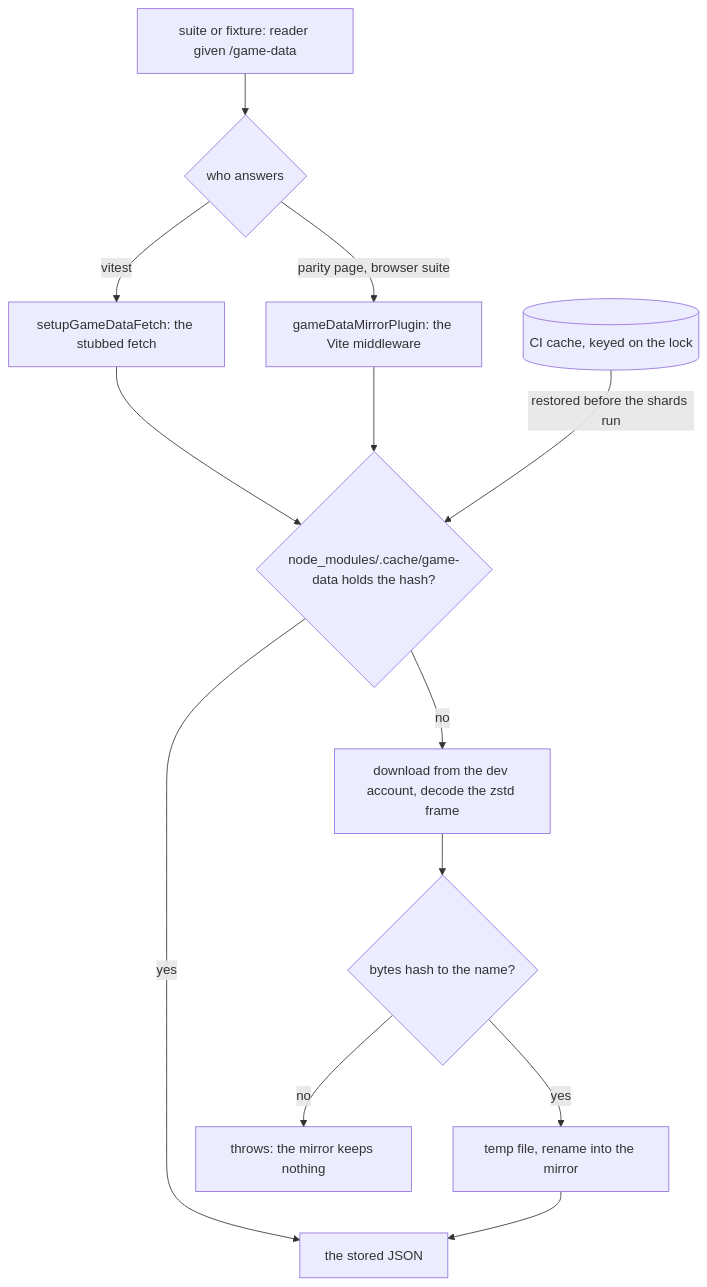
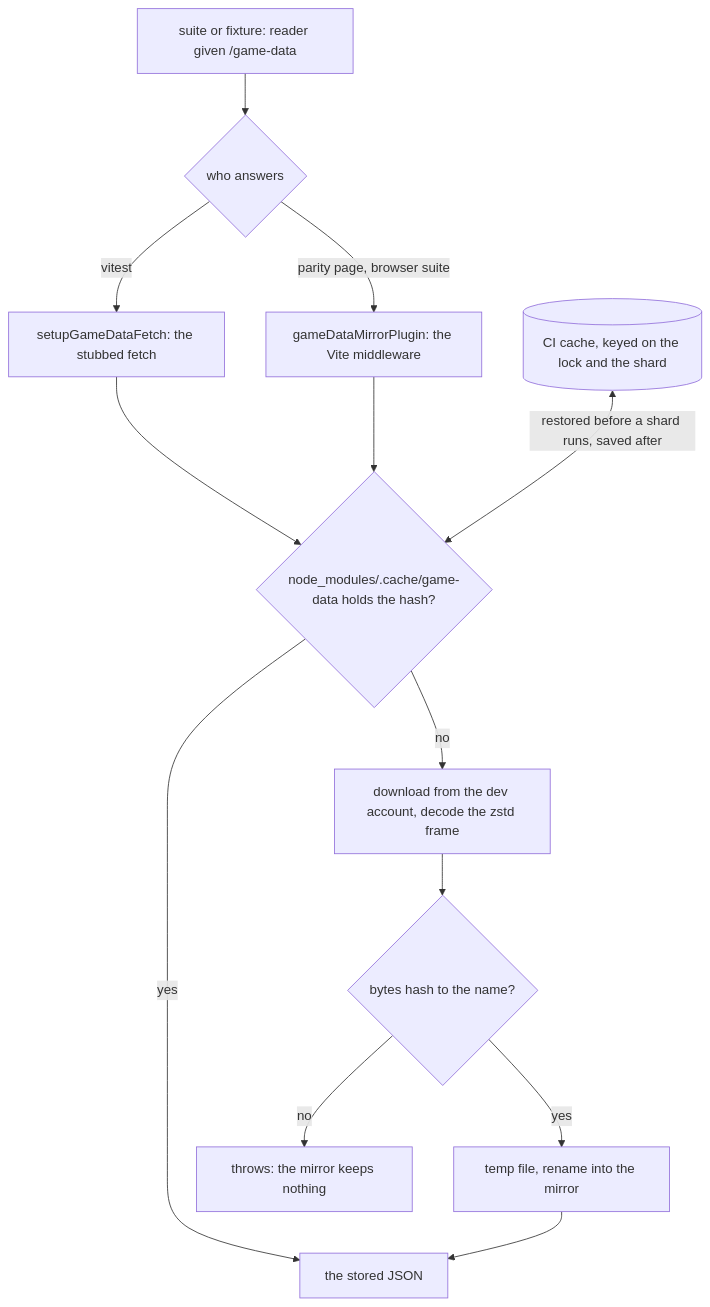
The fourth of 4 diagrams in apps/web/content/docs/genshin/hosted-game-data.md (Esposter/Esposter), drawn with Mermaid before and after one commit. The commit also changed other lines of this file and 2 other files, not shown here.

Commit message:
fix(ci): each coverage shard saves the game data mirror it read, so the restore has a producer
Nothing saved the mirror, so every shard's restore missed. A shard reads only a subset of the lock, so each saves under a key of the lock and its shard and falls back to any earlier mirror, whose objects stay valid by their hashes.

Answers: 4235728421

````diff
--- a/apps/web/content/docs/genshin/hosted-game-data.md
+++ b/apps/web/content/docs/genshin/hosted-game-data.md
@@ -90,15 +90,15 @@
 ```mermaid
 flowchart TD
   Suite["suite or fixture: reader given /game-data"] --> Route{"who answers"}
   Route -->|"vitest"| Fetch["setupGameDataFetch: the stubbed fetch"]
   Route -->|"parity page, browser suite"| Middleware["gameDataMirrorPlugin: the Vite middleware"]
   Fetch --> Mirror{"node_modules/.cache/game-data holds the hash?"}
   Middleware --> Mirror
   Mirror -->|yes| Serve["the stored JSON"]
   Mirror -->|no| Download["download from the dev account, decode the zstd frame"]
   Download --> Hash{"bytes hash to the name?"}
   Hash -->|no| Refuse["throws: the mirror keeps nothing"]
   Hash -->|yes| Store["temp file, rename into the mirror"]
   Store --> Serve
-  Cache[("CI cache, keyed on the lock")] -->|"restored before the shards run"| Mirror
+  Cache[("CI cache, keyed on the lock and the shard")] <-->|"restored before a shard runs, saved after"| Mirror
 ```
````
